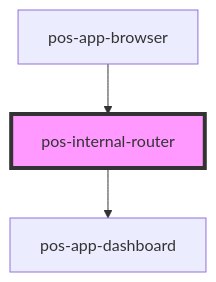
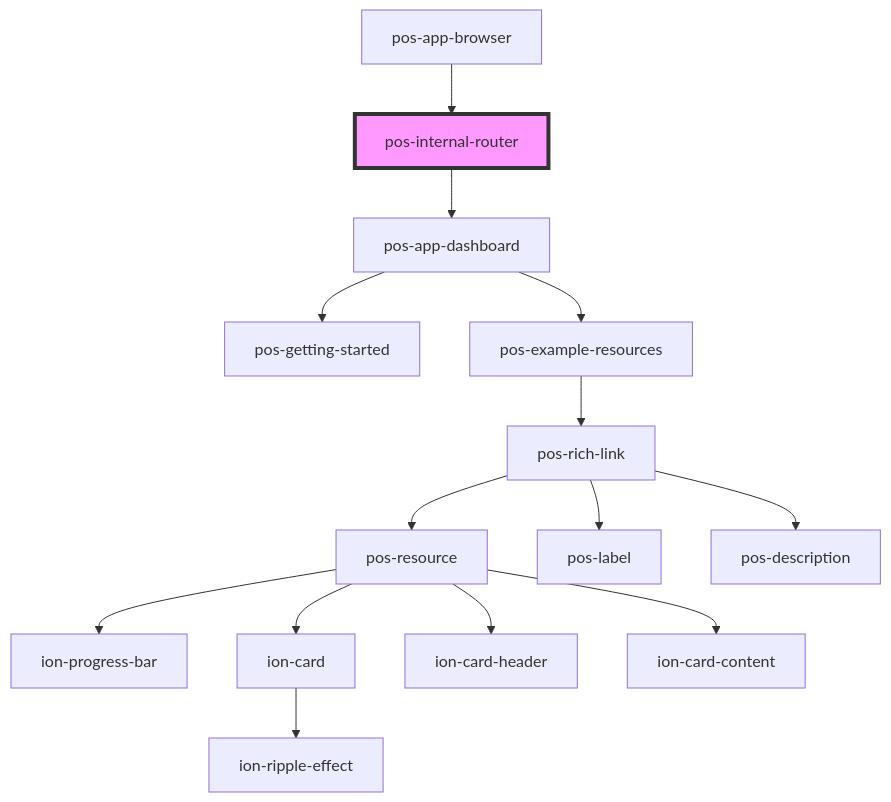
One commit to pod-os/PodOS changed the diagram in docs/elements/components/pos-internal-router/readme.md. Above: the diagram before and after it, drawn with Mermaid. The commit also changed 9 other files, not shown here.

````diff
--- a/docs/elements/components/pos-internal-router/readme.md
+++ b/docs/elements/components/pos-internal-router/readme.md
@@ -23,6 +23,17 @@
 ```mermaid
 graph TD;
   pos-internal-router --> pos-app-dashboard
+  pos-app-dashboard --> pos-getting-started
+  pos-app-dashboard --> pos-example-resources
+  pos-example-resources --> pos-rich-link
+  pos-rich-link --> pos-resource
+  pos-rich-link --> pos-label
+  pos-rich-link --> pos-description
+  pos-resource --> ion-progress-bar
+  pos-resource --> ion-card
+  pos-resource --> ion-card-header
+  pos-resource --> ion-card-content
+  ion-card --> ion-ripple-effect
   pos-app-browser --> pos-internal-router
   style pos-internal-router fill:#f9f,stroke:#333,stroke-width:4px
 ```
````
